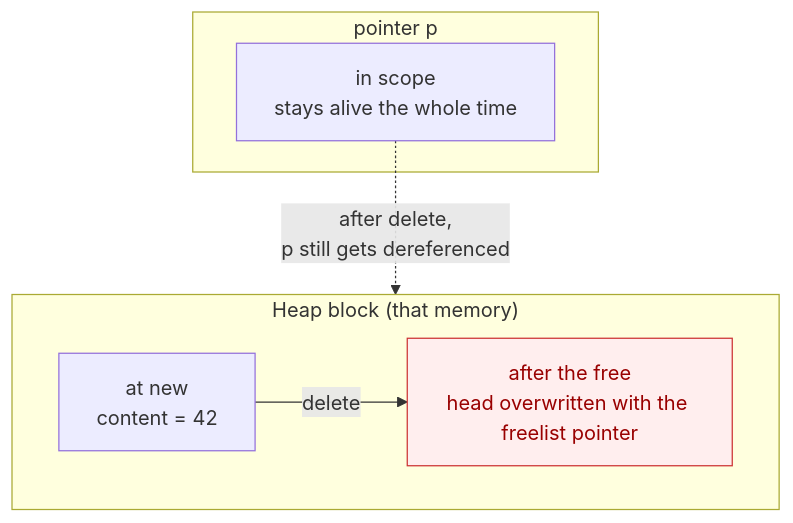
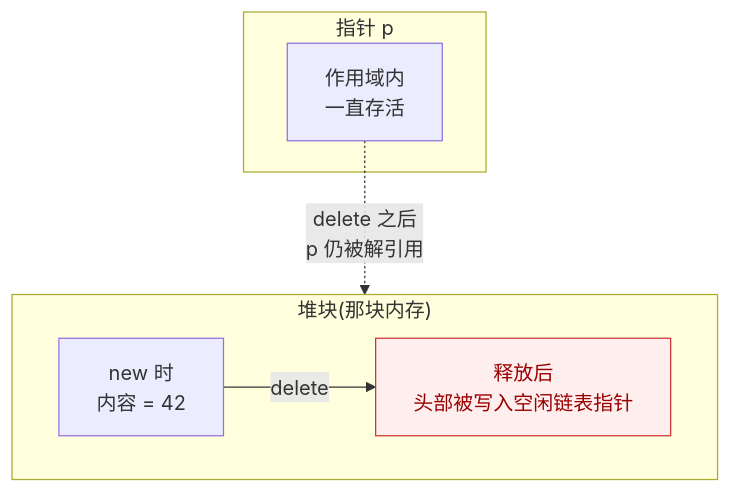
One commit to Awesome-Embedded-Learning-Studio/Tutorial_AwesomeModernCPP changed the first of 2 diagrams in documents/en/crash-lab/a-memory-safety/02-use-after-free.md. Above: the diagram before and after it, drawn with Mermaid. The commit also changed other lines of this file and 749 other files, not shown here.

````diff
--- a/documents/en/crash-lab/a-memory-safety/02-use-after-free.md
+++ b/documents/en/crash-lab/a-memory-safety/02-use-after-free.md
@@ -79,12 +79,12 @@
 ```mermaid
 graph TB
-  subgraph Mem["Heap block (that memory)"]
+  subgraph Mem["堆块(那块内存)"]
     direction LR
-    M1["at new<br/>content = 42"] -->|delete| M2["after the free<br/>head overwritten with the freelist pointer"]
+    M1["new 时<br/>内容 = 42"] -->|delete| M2["释放后<br/>头部被写入空闲链表指针"]
   end
-  subgraph Ptr["pointer p"]
-    P1["in scope<br/>stays alive the whole time"]
+  subgraph Ptr["指针 p"]
+    P1["作用域内<br/>一直存活"]
   end
-  P1 -. "after delete,<br/>p still gets dereferenced" .-> M2
+  P1 -. "delete 之后<br/>p 仍被解引用" .-> M2
   style M2 fill:#fee,stroke:#c33,color:#900
 ```
````
